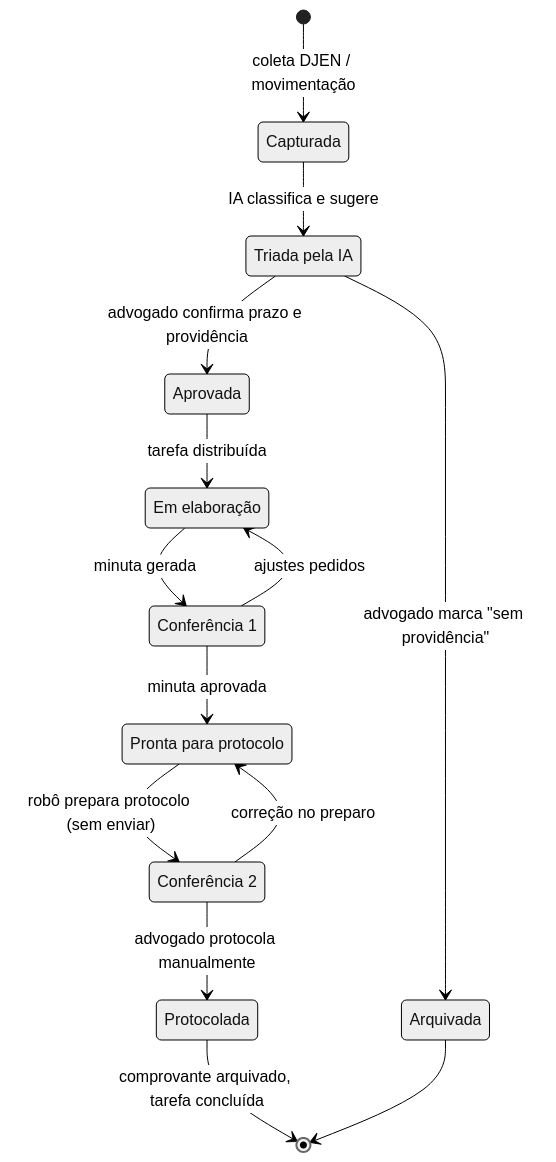
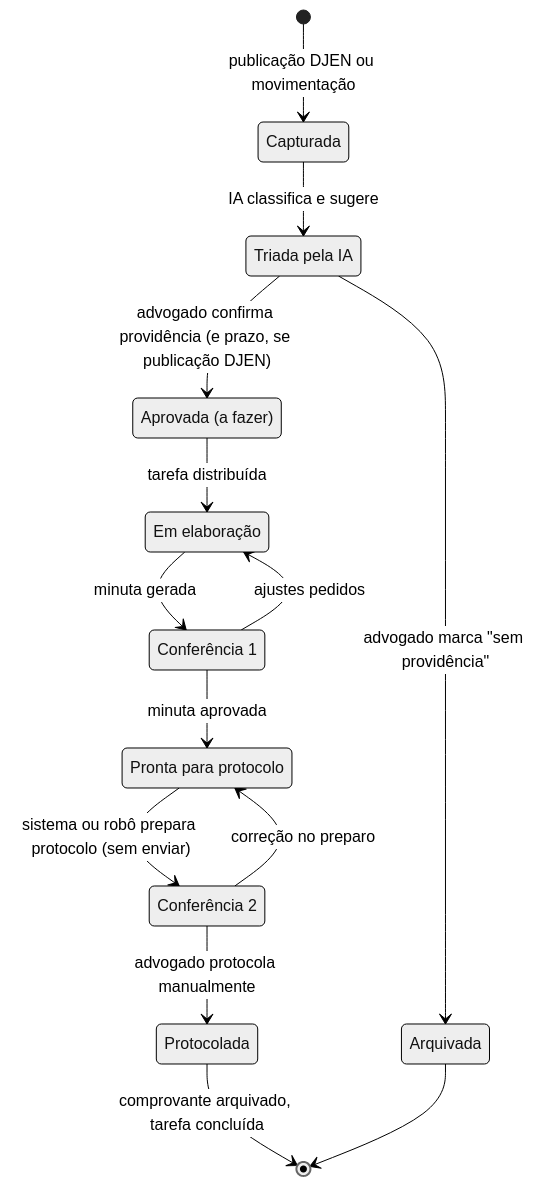
Before and after one commit to samucaguima/olaw: the second of 2 diagrams in docs/plano-sistema-gestao-juridica.md, drawn with Mermaid (neutral theme). The commit also changed other lines of this file, not shown here.

````diff
--- a/docs/plano-sistema-gestao-juridica.md
+++ b/docs/plano-sistema-gestao-juridica.md
@@ -209,22 +211,22 @@
 ```mermaid
 stateDiagram-v2
   state "Triada pela IA" as Triada
-  state "Aprovada" as Aprovada
+  state "Aprovada (a fazer)" as Aprovada
   state "Em elaboração" as EmElaboracao
   state "Conferência 1" as Conferencia1
   state "Pronta para protocolo" as ProntaProtocolo
   state "Conferência 2" as Conferencia2
-  [*] --> Capturada: coleta DJEN / movimentação
+  [*] --> Capturada: publicação DJEN ou movimentação
   Capturada --> Triada: IA classifica e sugere
-  Triada --> Aprovada: advogado confirma prazo e providência
+  Triada --> Aprovada: advogado confirma providência (e prazo, se publicação DJEN)
   Triada --> Arquivada: advogado marca "sem providência"
   Aprovada --> EmElaboracao: tarefa distribuída
   EmElaboracao --> Conferencia1: minuta gerada
   Conferencia1 --> EmElaboracao: ajustes pedidos
   Conferencia1 --> ProntaProtocolo: minuta aprovada
-  ProntaProtocolo --> Conferencia2: robô prepara protocolo (sem enviar)
+  ProntaProtocolo --> Conferencia2: sistema ou robô prepara protocolo (sem enviar)
   Conferencia2 --> ProntaProtocolo: correção no preparo
   Conferencia2 --> Protocolada: advogado protocola manualmente
   Protocolada --> [*]: comprovante arquivado, tarefa concluída
   Arquivada --> [*]
 ```
````
